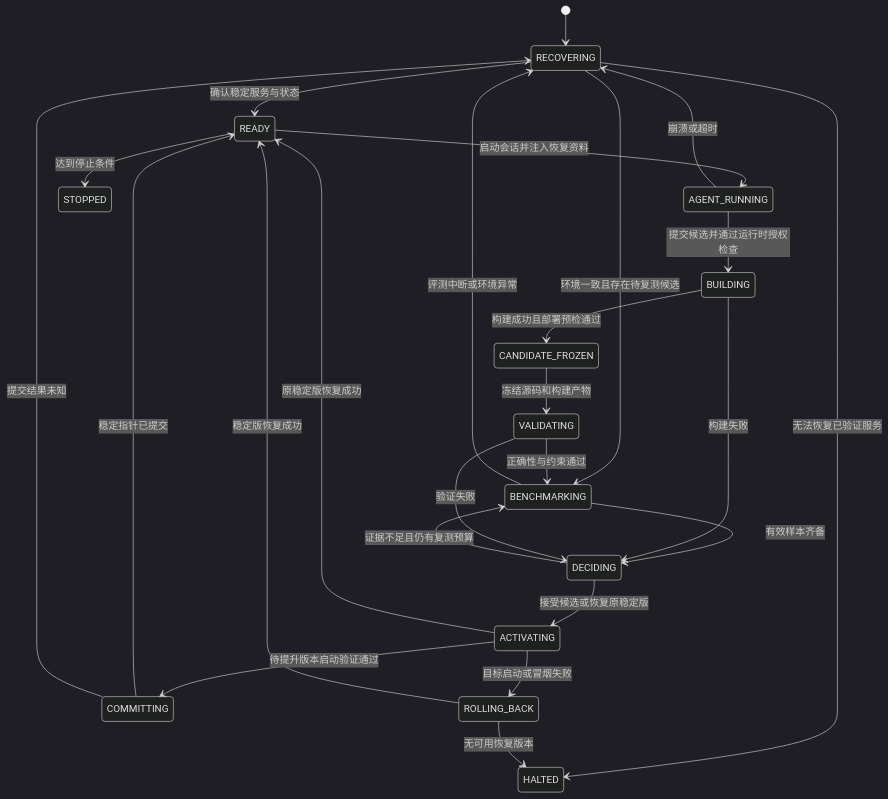
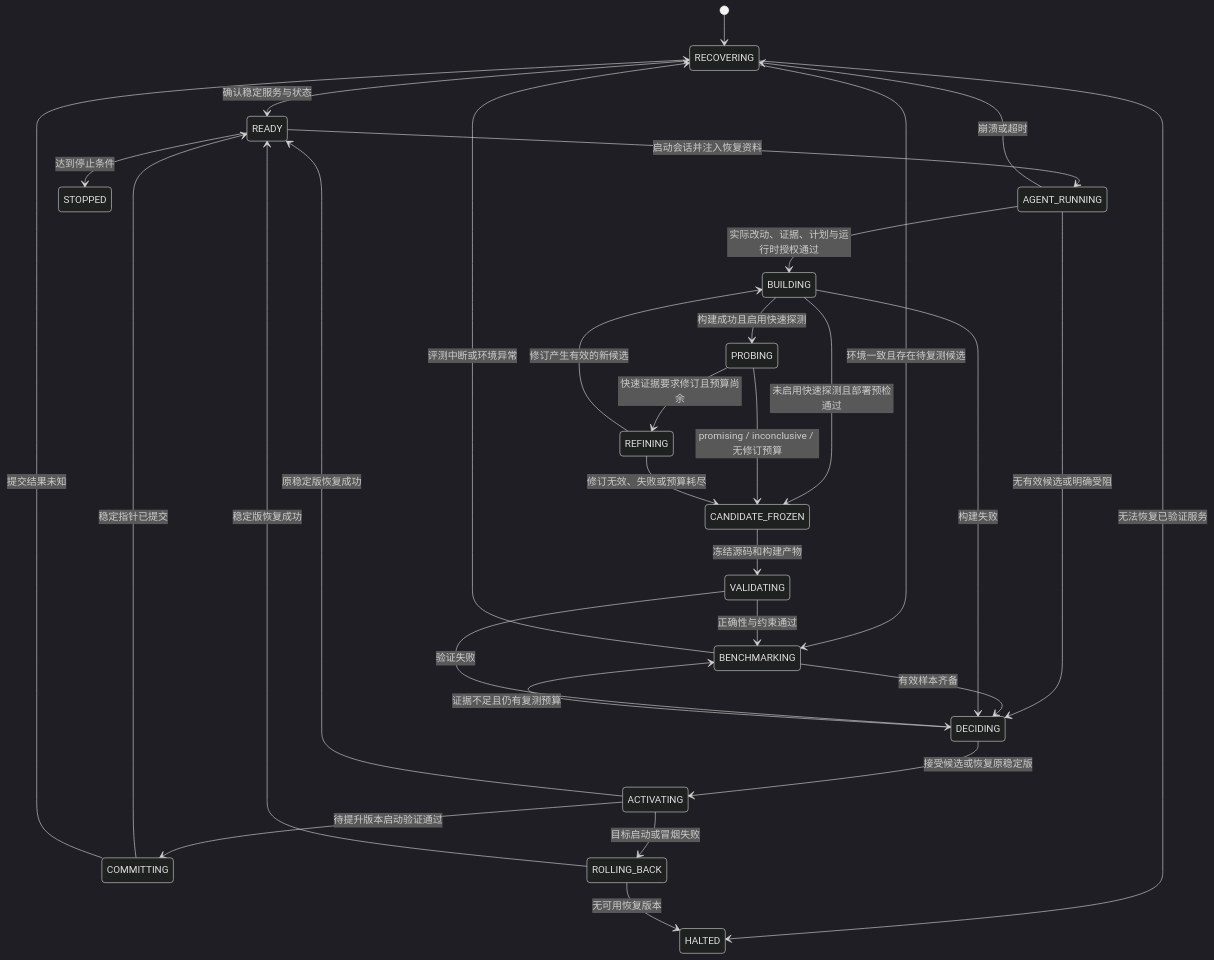
The diagram in docs/02-iteration-and-recovery.md (Moonandstar051028/VibeForge), drawn with Mermaid (dark theme) before and after one commit. The commit also changed other lines of this file and 153 other files, not shown here.

````diff
--- a/docs/02-iteration-and-recovery.md
+++ b/docs/02-iteration-and-recovery.md
@@ -47,27 +50,33 @@
 ```mermaid
 stateDiagram-v2
     [*] --> RECOVERING
     RECOVERING --> READY: 确认稳定服务与状态
     RECOVERING --> BENCHMARKING: 环境一致且存在待复测候选
     RECOVERING --> HALTED: 无法恢复已验证服务
     READY --> AGENT_RUNNING: 启动会话并注入恢复资料
-    AGENT_RUNNING --> BUILDING: 提交候选并通过运行时授权检查
-    BUILDING --> CANDIDATE_FROZEN: 构建成功且部署预检通过
+    AGENT_RUNNING --> BUILDING: 实际改动、证据、计划与运行时授权通过
+    AGENT_RUNNING --> DECIDING: 无有效候选或明确受阻
+    BUILDING --> PROBING: 构建成功且启用快速探测
+    BUILDING --> CANDIDATE_FROZEN: 未启用快速探测且部署预检通过
+    PROBING --> REFINING: 快速证据要求修订且预算尚余
+    REFINING --> BUILDING: 修订产生有效的新候选
+    PROBING --> CANDIDATE_FROZEN: promising / inconclusive / 无修订预算
+    REFINING --> CANDIDATE_FROZEN: 修订无效、失败或预算耗尽
     CANDIDATE_FROZEN --> VALIDATING: 冻结源码和构建产物
     VALIDATING --> BENCHMARKING: 正确性与约束通过
     BENCHMARKING --> DECIDING: 有效样本齐备
     BUILDING --> DECIDING: 构建失败
     VALIDATING --> DECIDING: 验证失败
     DECIDING --> BENCHMARKING: 证据不足且仍有复测预算
     DECIDING --> ACTIVATING: 接受候选或恢复原稳定版
     ACTIVATING --> COMMITTING: 待提升版本启动验证通过
     COMMITTING --> READY: 稳定指针已提交
     COMMITTING --> RECOVERING: 提交结果未知
     ACTIVATING --> READY: 原稳定版恢复成功
     ACTIVATING --> ROLLING_BACK: 目标启动或冒烟失败
     ROLLING_BACK --> READY: 稳定版恢复成功
     ROLLING_BACK --> HALTED: 无可用恢复版本
     AGENT_RUNNING --> RECOVERING: 崩溃或超时
     BENCHMARKING --> RECOVERING: 评测中断或环境异常
     READY --> STOPPED: 达到停止条件
 ```
````
